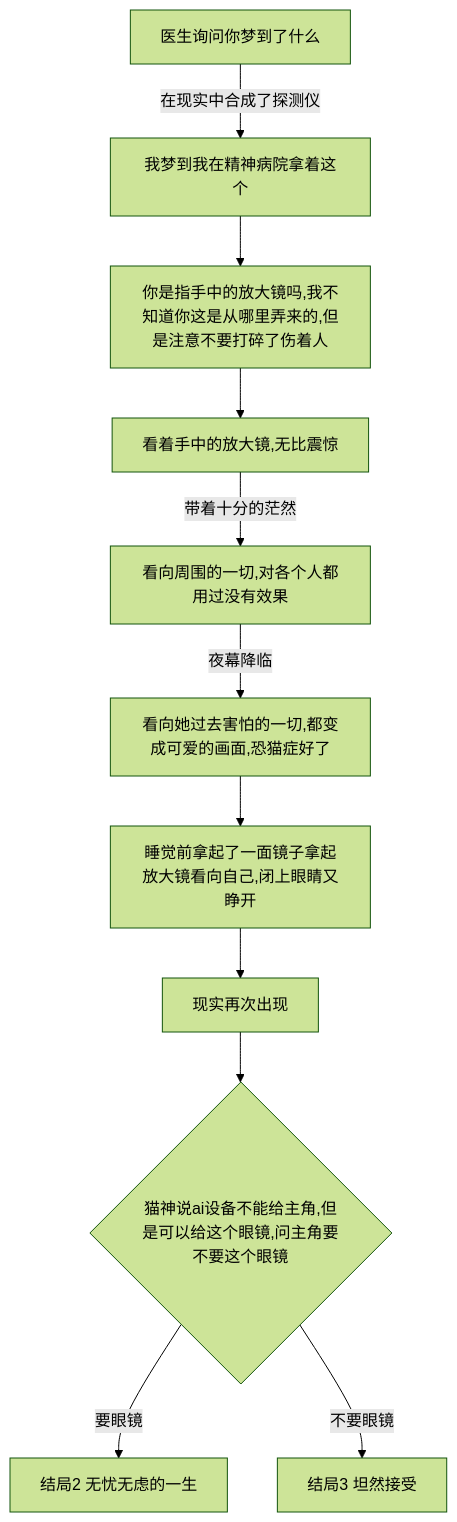
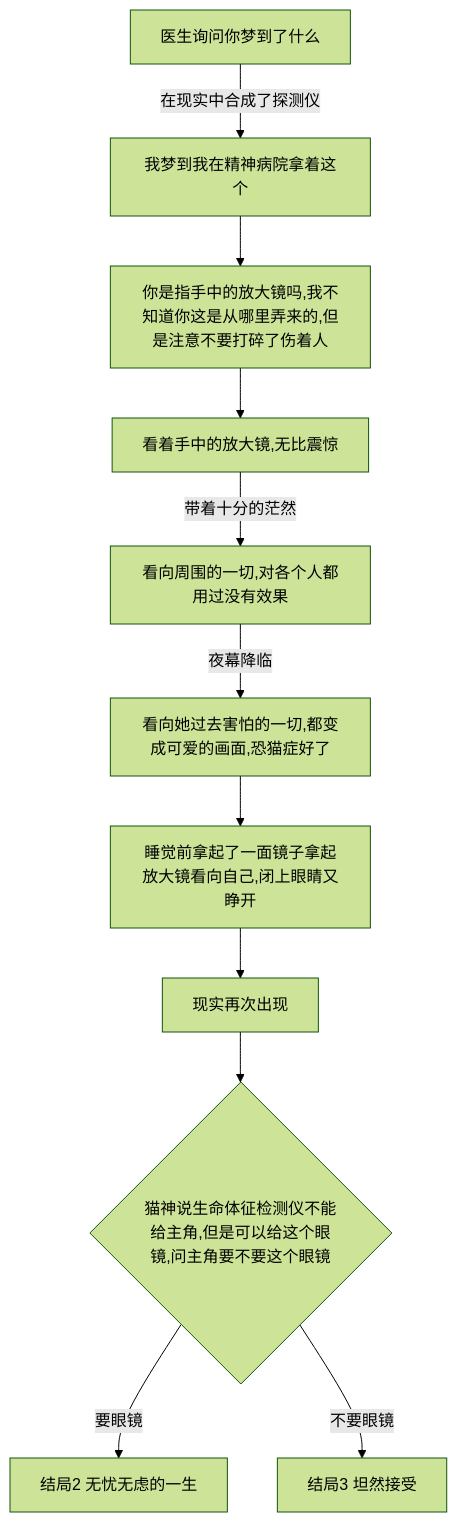
The fifth of 5 diagrams in readme.md (chichinohaha/nekogami), drawn with Mermaid (forest theme) before and after one commit. The commit also changed other lines of this file, not shown here.

````diff
--- a/readme.md
+++ b/readme.md
@@ -709,14 +711,14 @@
 ```mermaid
 graph TD;
 ask[医生询问你梦到了什么]-->|在现实中合成了探测仪|answer2[我梦到我在精神病院拿着这个];
 answer2-->ask2[你是指手中的放大镜吗,我不知道你这是从哪里弄来的,但是注意不要打碎了伤着人];
 ask2-->lookat[看着手中的放大镜,无比震惊];
 lookat-->|带着十分的茫然|lookat2[看向周围的一切,对各个人都用过没有效果];
 lookat2-->|夜幕降临|lookat3[看向她过去害怕的一切,都变成可爱的画面,恐猫症好了];
 lookat3-->sleep5[睡觉前拿起了一面镜子拿起放大镜看向自己,闭上眼睛又睁开];
 sleep5-->again[现实再次出现];
-again-->nekoask{猫神说ai设备不能给主角,但是可以给这个眼镜,问主角要不要这个眼镜};
+again-->nekoask{猫神说生命体征检测仪不能给主角,但是可以给这个眼镜,问主角要不要这个眼镜};
 nekoask-->|要眼镜|ending2[结局2 无忧无虑的一生]
 nekoask-->|不要眼镜|ending3[结局3 坦然接受]
 
 ```
````
